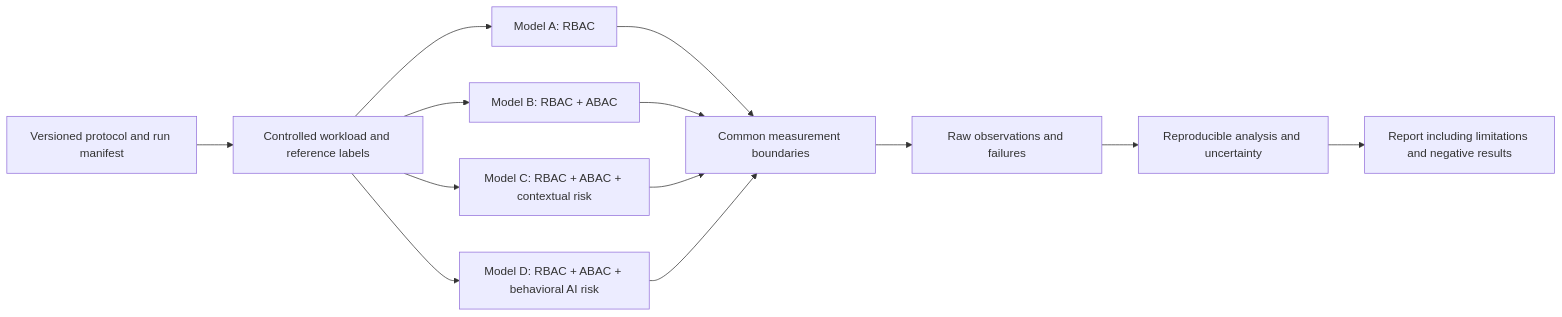
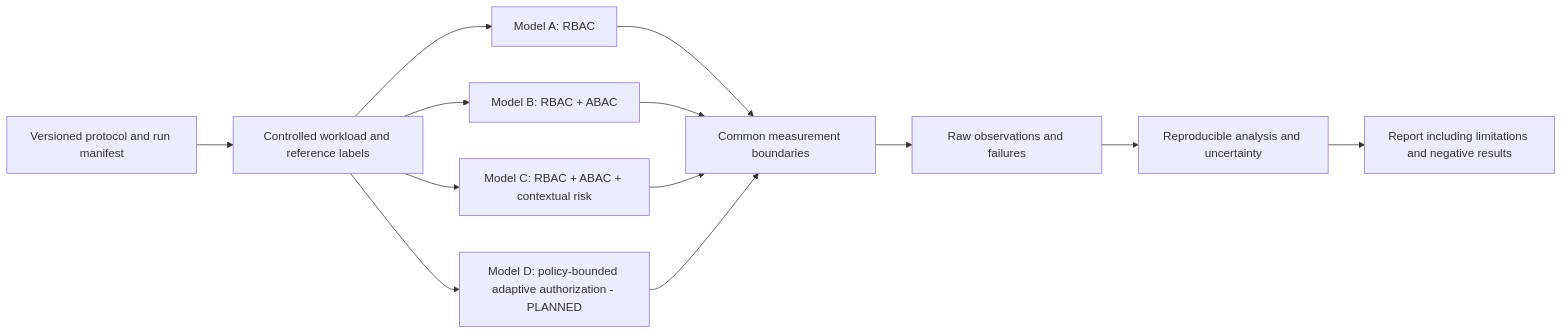
One commit to shubh-techie/AegisAI changed the first of 2 diagrams in docs/aegisai/architecture/RESEARCH_ARCHITECTURE.md. Above: the diagram before and after it, drawn with Mermaid. The commit also changed other lines of this file and 19 other files, not shown here.

````diff
--- a/docs/aegisai/architecture/RESEARCH_ARCHITECTURE.md
+++ b/docs/aegisai/architecture/RESEARCH_ARCHITECTURE.md
@@ -40,15 +47,15 @@
 ```mermaid
 flowchart LR
     Manifest[Versioned protocol and run manifest] --> Workload[Controlled workload and reference labels]
     Workload --> A[Model A: RBAC]
     Workload --> B[Model B: RBAC + ABAC]
     Workload --> C[Model C: RBAC + ABAC + contextual risk]
-    Workload --> D[Model D: RBAC + ABAC + behavioral AI risk]
+    Workload --> D[Model D: policy-bounded adaptive authorization - PLANNED]
     A --> Measurements[Common measurement boundaries]
     B --> Measurements
     C --> Measurements
     D --> Measurements
     Measurements --> Raw[Raw observations and failures]
     Raw --> Analysis[Reproducible analysis and uncertainty]
     Analysis --> Report[Report including limitations and negative results]
 ```
````
